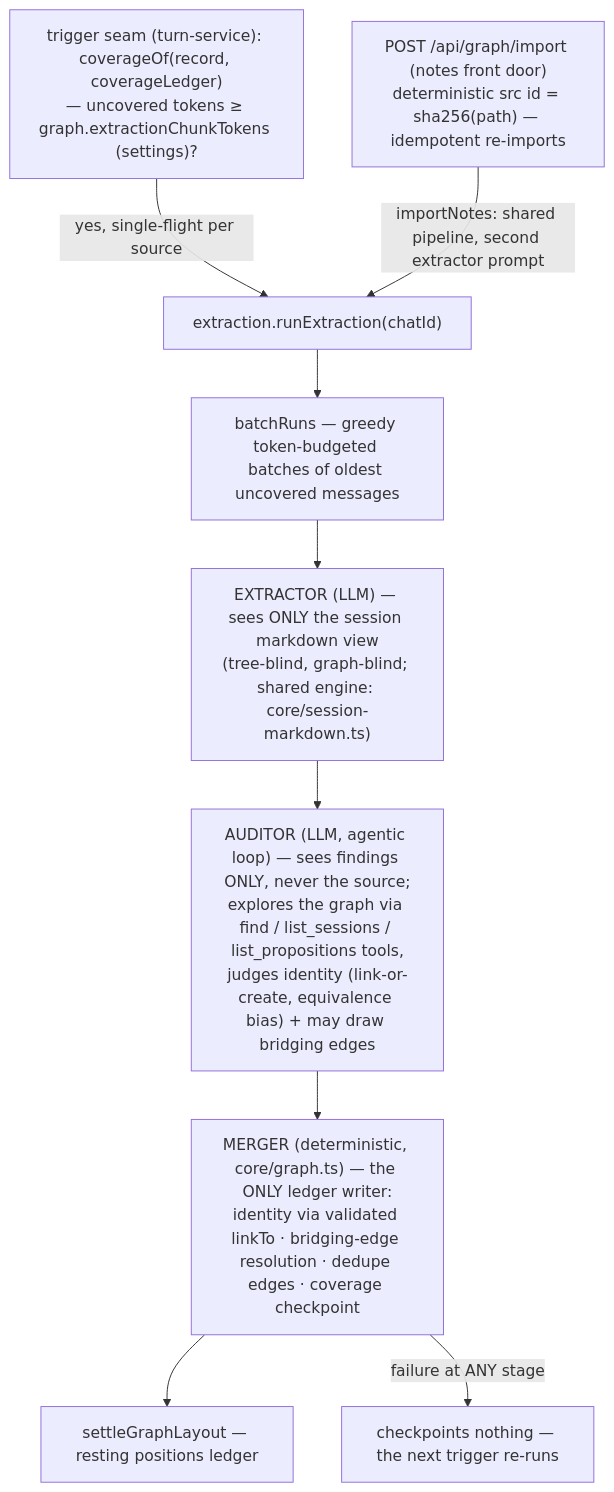
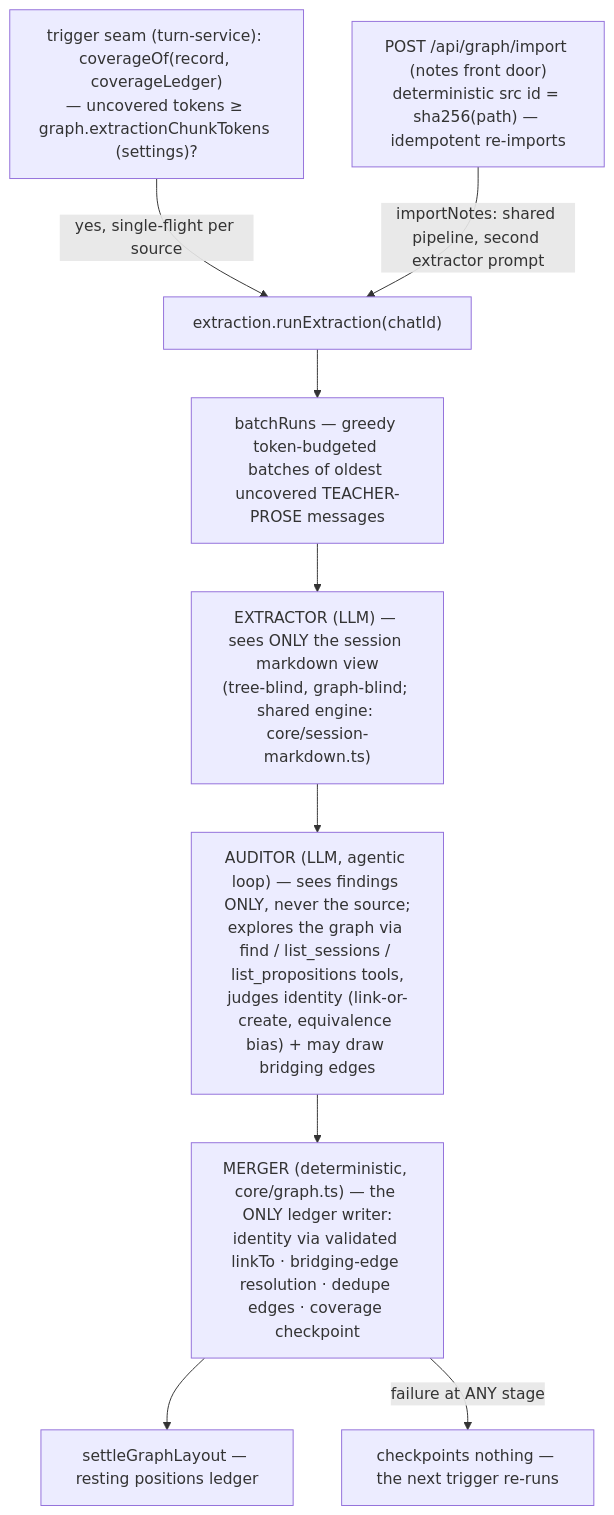
Before and after one commit to 0xCUB3/learnharness: the sixth of 7 diagrams in docs/architecture.md, drawn with Mermaid. The commit also changed other lines of this file and 6 other files, not shown here.

Commit message:
teacher-prose-only extraction view: coverage, fingerprints, tokens, and batches derive from the teacher's text blocks alone (owner 2026-09-28)

````diff
--- a/docs/architecture.md
+++ b/docs/architecture.md
@@ -329,11 +329,11 @@
 ```mermaid
 flowchart TB
     TRIG["trigger seam (turn-service): coverageOf(record, coverageLedger)<br/>— uncovered tokens ≥ graph.extractionChunkTokens (settings)?"] -->|"yes, single-flight per source"| RUN["extraction.runExtraction(chatId)"]
     IMPORT["POST /api/graph/import (notes front door)<br/>deterministic src id = sha256(path) — idempotent re-imports"] -->|"importNotes: shared pipeline, second extractor prompt"| RUN
-    RUN --> BATCH["batchRuns — greedy token-budgeted batches of oldest uncovered messages"]
+    RUN --> BATCH["batchRuns — greedy token-budgeted batches of oldest uncovered TEACHER-PROSE messages"]
     BATCH --> EXT["EXTRACTOR (LLM) — sees ONLY the session markdown view<br/>(tree-blind, graph-blind; shared engine: core/session-markdown.ts)"]
     EXT --> AUD["AUDITOR (LLM, agentic loop) — sees findings ONLY, never the source;<br/>explores the graph via find / list_sessions / list_propositions tools,<br/>judges identity (link-or-create, equivalence bias) + may draw bridging edges"]
     AUD --> MERGE["MERGER (deterministic, core/graph.ts) — the ONLY ledger writer:<br/>identity via validated linkTo · bridging-edge resolution · dedupe edges · coverage checkpoint"]
     MERGE --> SETTLE["settleGraphLayout — resting positions ledger"]
     MERGE -->|"failure at ANY stage"| NOTHING["checkpoints nothing — the next trigger re-runs"]
 ```
````
